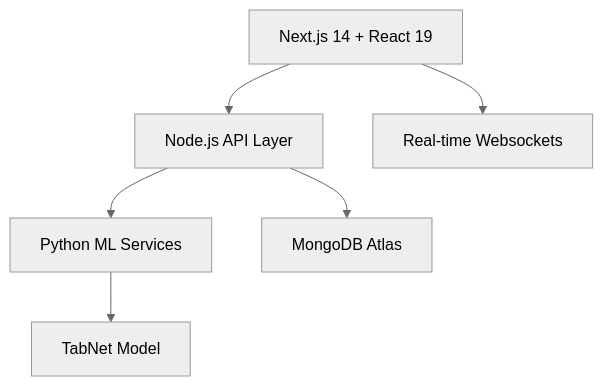
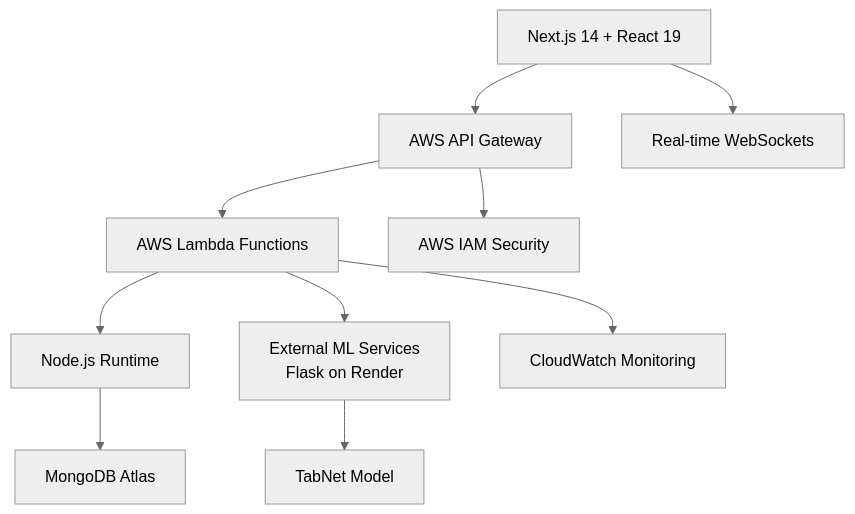
One commit to sanjayattelli29/Data-VizAI changed the first of 4 diagrams in README.md. Above: the diagram before and after it, drawn with Mermaid (neutral theme). The commit also changed other lines of this file, not shown here.

````diff
--- a/README.md
+++ b/README.md
@@ -163,8 +163,12 @@
 ```mermaid
 graph TD
-    A[Next.js 14 + React 19] --> B[Node.js API Layer]
-    B --> C[Python ML Services]
-    C --> D[TabNet Model]
-    B --> E[MongoDB Atlas]
-    A --> F[Real-time Websockets]
+    A[Next.js 14 + React 19] --> B[AWS API Gateway]
+    B --> C[AWS Lambda Functions]
+    C --> D[Node.js Runtime]
+    D --> E[MongoDB Atlas]
+    C --> F[External ML Services<br/>Flask on Render]
+    F --> G[TabNet Model]
+    A --> H[Real-time WebSockets]
+    C --> I[CloudWatch Monitoring]
+    B --> J[AWS IAM Security]
 ```
````
